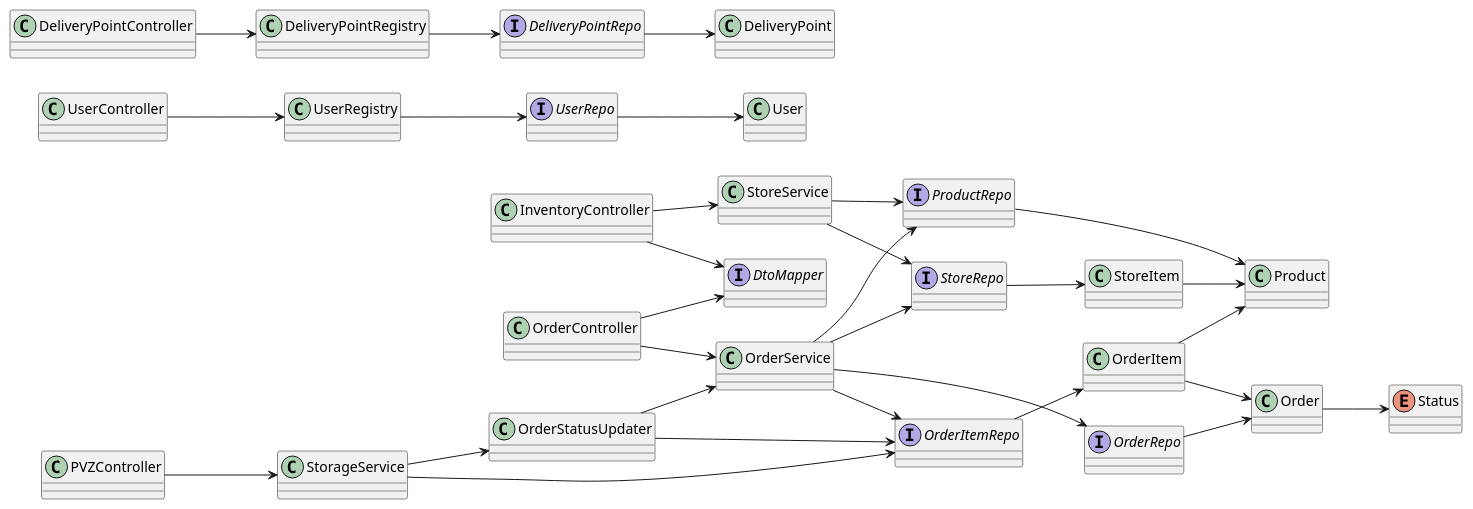
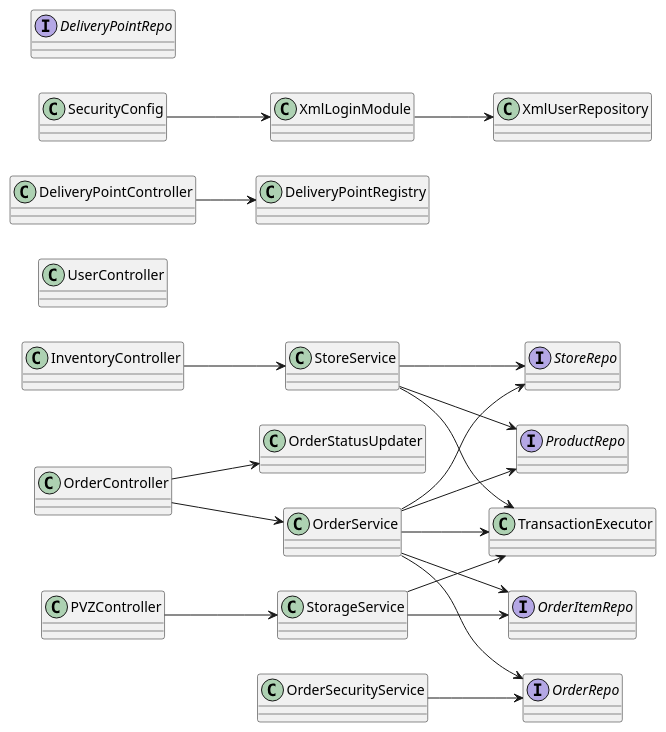
One commit to GrozniyMax/blss changed the second of 2 diagrams in docs/отчет.md. Above: the diagram before and after it, drawn with PlantUML. The commit also changed other lines of this file and 2 other files, not shown here.

````diff
--- a/docs/отчет.md
+++ b/docs/отчет.md
@@ -50,74 +184,52 @@
 ```plantuml
 @startuml
 left to right direction
 
+class OrderController
 class InventoryController
-class OrderController
+class UserController
 class PVZController
-class UserController
 class DeliveryPointController
 
+class OrderService
 class StoreService
-class OrderService
 class StorageService
 class OrderStatusUpdater
-class UserRegistry
 class DeliveryPointRegistry
+class TransactionExecutor
 
-interface DtoMapper
+class SecurityConfig
+class OrderSecurityService
+class XmlLoginModule
+class XmlUserRepository
 
+interface OrderRepo
+interface OrderItemRepo
 interface ProductRepo
 interface StoreRepo
-interface OrderRepo
-interface OrderItemRepo
-interface UserRepo
 interface DeliveryPointRepo
 
-class Product
-class StoreItem
-class Order
-class OrderItem
-class User
-class DeliveryPoint
-enum Status
+OrderController --> OrderService
+OrderController --> OrderStatusUpdater
+InventoryController --> StoreService
+PVZController --> StorageService
+DeliveryPointController --> DeliveryPointRegistry
 
-InventoryController --> StoreService
-InventoryController --> DtoMapper
-
-OrderController --> OrderService
-OrderController --> DtoMapper
-
-PVZController --> StorageService
-UserController --> UserRegistry
-DeliveryPointController --> DeliveryPointRegistry
+OrderService --> OrderRepo
+OrderService --> OrderItemRepo
+OrderService --> ProductRepo
+OrderService --> StoreRepo
+OrderService --> TransactionExecutor
 
 StoreService --> ProductRepo
 StoreService --> StoreRepo
-
-OrderService --> ProductRepo
-OrderService --> StoreRepo
-OrderService --> OrderRepo
-OrderService --> OrderItemRepo
+StoreService --> TransactionExecutor
 
 StorageService --> OrderItemRepo
-StorageService --> OrderStatusUpdater
+StorageService --> TransactionExecutor
 
-OrderStatusUpdater --> OrderItemRepo
-OrderStatusUpdater --> OrderService
-
-UserRegistry --> UserRepo
-DeliveryPointRegistry --> DeliveryPointRepo
-
-ProductRepo --> Product
-StoreRepo --> StoreItem
-OrderRepo --> Order
-OrderItemRepo --> OrderItem
-UserRepo --> User
-DeliveryPointRepo --> DeliveryPoint
-
-Order --> Status
-OrderItem --> Order
-OrderItem --> Product
-StoreItem --> Product
+SecurityConfig --> XmlLoginModule
+OrderSecurityService --> OrderRepo
+XmlLoginModule --> XmlUserRepository
 @enduml
 ```
````
